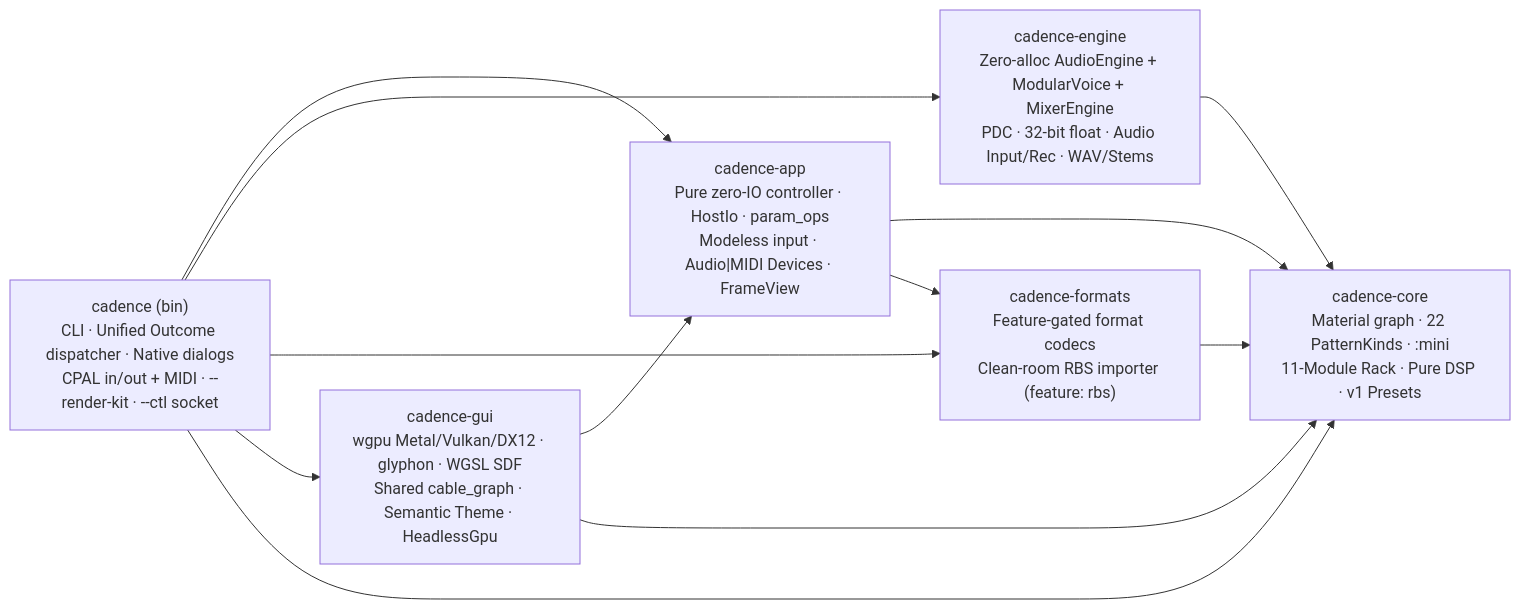
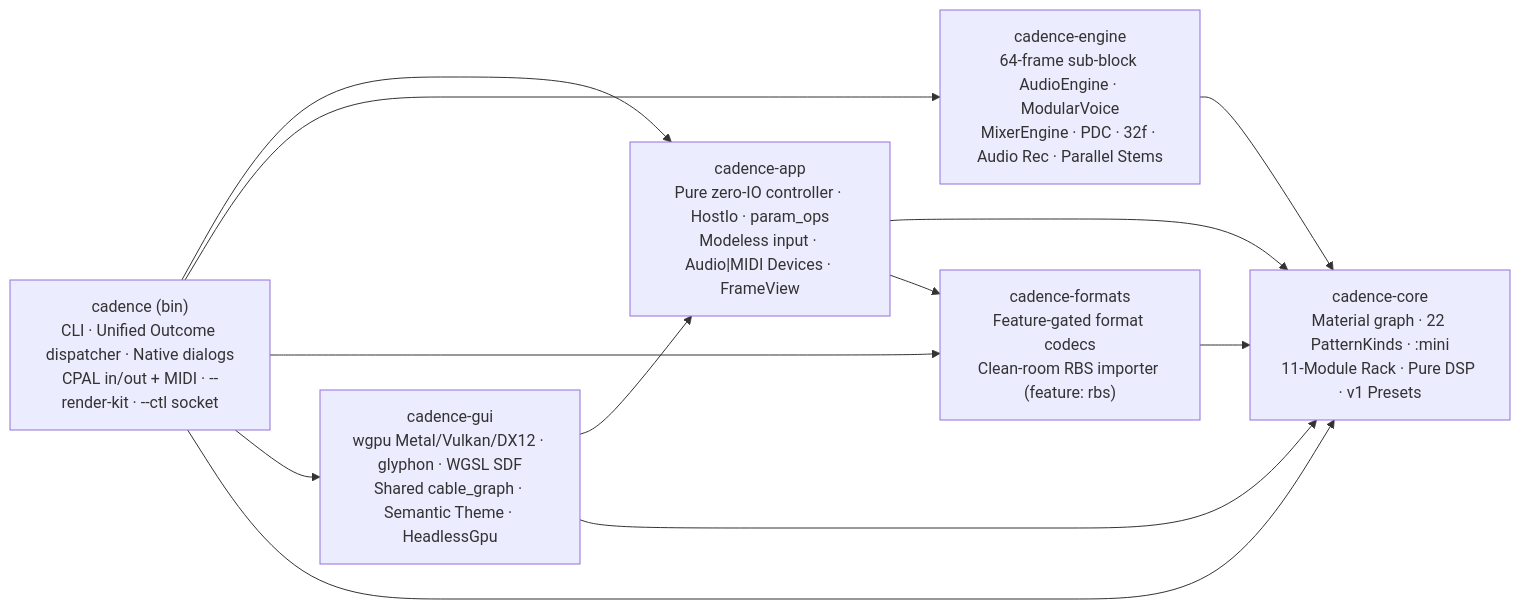
The diagram in ARCHITECTURE.md (cadencefm/cadence), drawn with Mermaid before and after one commit. The commit also changed other lines of this file and 19 other files, not shown here.

````diff
--- a/ARCHITECTURE.md
+++ b/ARCHITECTURE.md
@@ -7,21 +7,21 @@
 ```mermaid
 flowchart LR
   Core["cadence-core<br/>Material graph · 22 PatternKinds · :mini<br/>11-Module Rack · Pure DSP · v1 Presets"]
   Formats["cadence-formats<br/>Feature-gated format codecs<br/>Clean-room RBS importer (feature: rbs)"]
-  Engine["cadence-engine<br/>Zero-alloc AudioEngine + ModularVoice + MixerEngine<br/>PDC · 32-bit float · Audio Input/Rec · WAV/Stems"]
+  Engine["cadence-engine<br/>64-frame sub-block AudioEngine · ModularVoice<br/>MixerEngine · PDC · 32f · Audio Rec · Parallel Stems"]
   App["cadence-app<br/>Pure zero-IO controller · HostIo · param_ops<br/>Modeless input · Audio|MIDI Devices · FrameView"]
   Gui["cadence-gui<br/>wgpu Metal/Vulkan/DX12 · glyphon · WGSL SDF<br/>Shared cable_graph · Semantic Theme · HeadlessGpu"]
   Host["cadence (bin)<br/>CLI · Unified Outcome dispatcher · Native dialogs<br/>CPAL in/out + MIDI · --render-kit · --ctl socket"]
 
   Formats --> Core
   Engine --> Core
   App --> Core
   App --> Formats
   Gui --> App
   Gui --> Core
   Host --> App
   Host --> Engine
   Host --> Formats
   Host --> Gui
   Host --> Core
 ```
````
